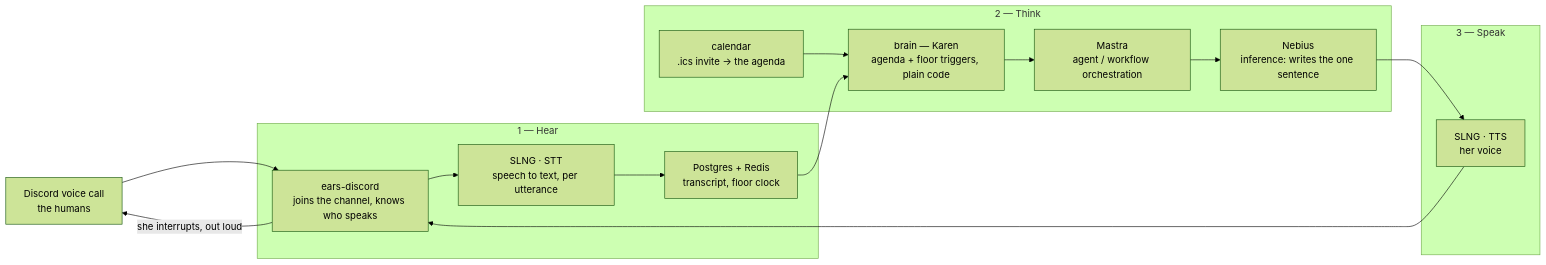
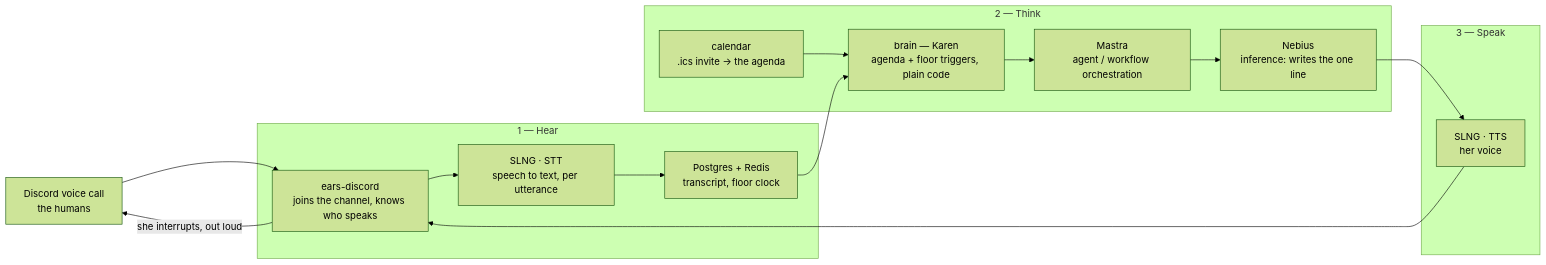
The diagram in docs/architecture.md (bioztar/gavel), drawn with Mermaid (forest theme) before and after one commit. The commit also changed other lines of this file and 4 other files, not shown here.

First line of the commit message:
rebrand: gavel → Cloture across architecture/blueprint docs

````diff
--- a/docs/architecture.md
+++ b/docs/architecture.md
@@ -15,27 +17,27 @@
 ```mermaid
 flowchart LR
   ROOM["Discord voice call<br/>the humans"]
 
   subgraph HEAR["1 — Hear"]
     EARS["ears-discord<br/>joins the channel, knows who speaks"]
     SLNG1["SLNG · STT<br/>speech to text, per utterance"]
     DB["Postgres + Redis<br/>transcript, floor clock"]
   end
 
   subgraph THINK["2 — Think"]
     BRAIN["brain — Karen<br/>agenda + floor triggers, plain code"]
     MASTRA["Mastra<br/>agent / workflow orchestration"]
-    NEBIUS["Nebius<br/>inference: writes the one sentence"]
+    NEBIUS["Nebius<br/>inference: writes the one line"]
     CAL["calendar<br/>.ics invite → the agenda"]
   end
 
   subgraph SPEAK["3 — Speak"]
     SLNG2["SLNG · TTS<br/>her voice"]
   end
 
   ROOM --> EARS --> SLNG1 --> DB --> BRAIN
   CAL --> BRAIN
   BRAIN --> MASTRA --> NEBIUS --> SLNG2
   SLNG2 --> EARS
   EARS -->|"she interrupts, out loud"| ROOM
 ```
````
